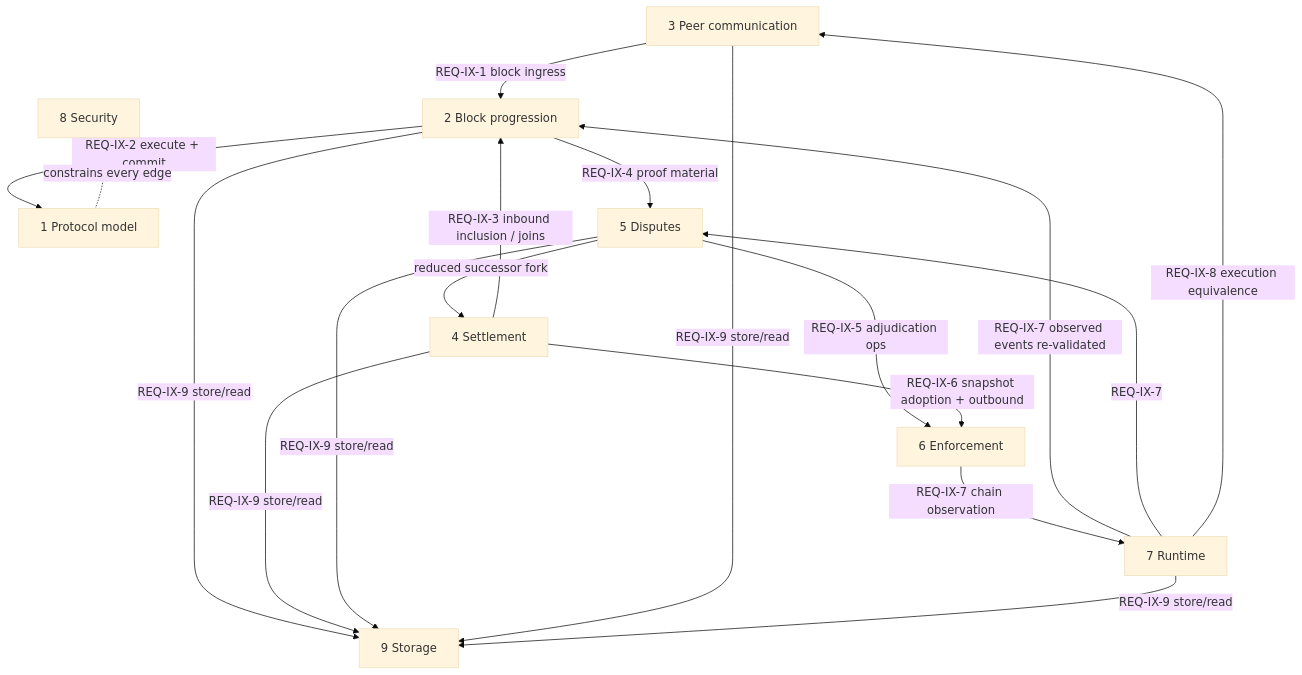
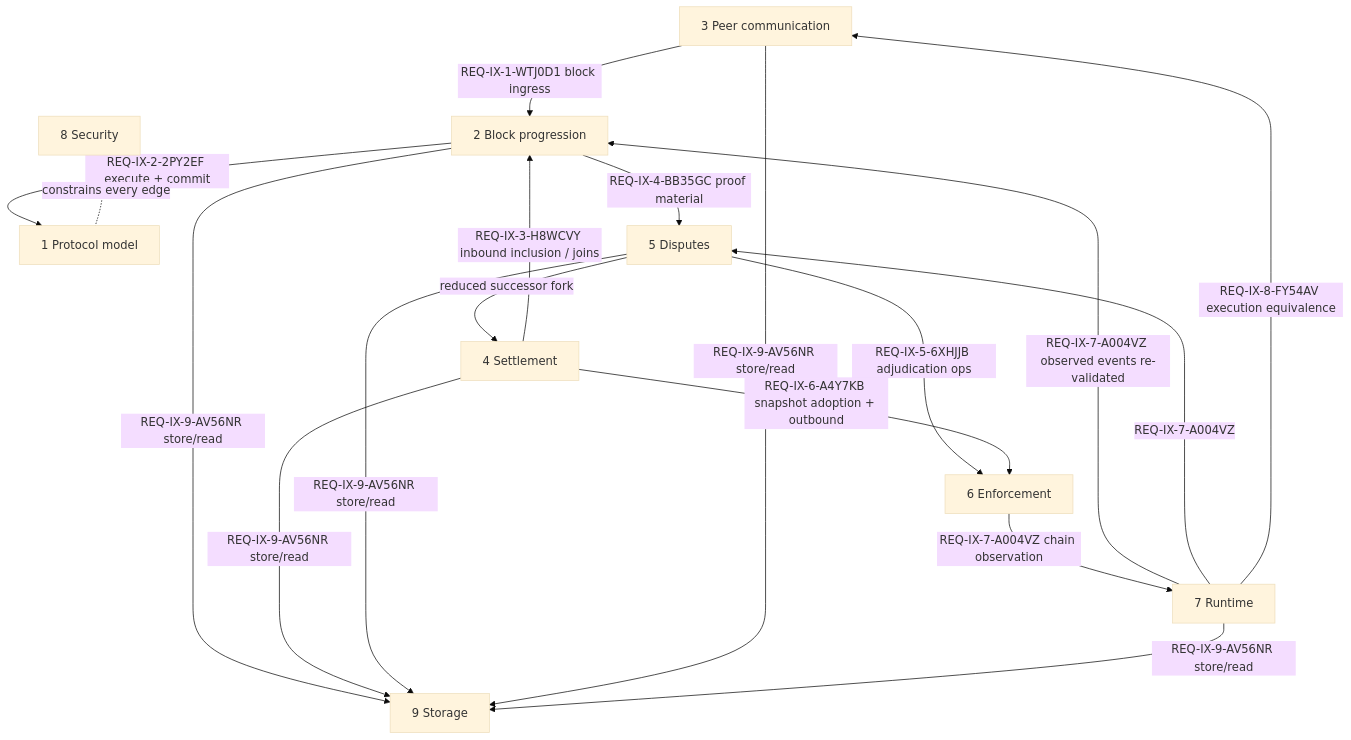
Before and after one commit to peer3to/state-channels-plus: the diagram in docs/spec/claude/specification/README.md, drawn with Mermaid (base theme). The commit also changed other lines of this file and 382 other files, not shown here.

````diff
--- a/docs/spec/claude/specification/README.md
+++ b/docs/spec/claude/specification/README.md
@@ -70,16 +70,16 @@
 ```mermaid
 flowchart TD
-    PC["3 Peer communication"] -- "REQ-IX-1 block ingress" --> BP["2 Block progression"]
-    BP -- "REQ-IX-2 execute + commit" --> PM["1 Protocol model"]
-    SET["4 Settlement"] -- "REQ-IX-3 inbound inclusion / joins" --> BP
-    BP -- "REQ-IX-4 proof material" --> DIS["5 Disputes"]
-    DIS -- "REQ-IX-5 adjudication ops" --> ENF["6 Enforcement"]
-    SET -- "REQ-IX-6 snapshot adoption + outbound" --> ENF
-    ENF -- "REQ-IX-7 chain observation" --> RT["7 Runtime"]
-    RT -- "REQ-IX-7 observed events re-validated" --> BP
-    RT -- "REQ-IX-7" --> DIS
-    RT -- "REQ-IX-8 execution equivalence" --> PC
+    PC["3 Peer communication"] -- "REQ-IX-1-WTJ0D1 block ingress" --> BP["2 Block progression"]
+    BP -- "REQ-IX-2-2PY2EF execute + commit" --> PM["1 Protocol model"]
+    SET["4 Settlement"] -- "REQ-IX-3-H8WCVY inbound inclusion / joins" --> BP
+    BP -- "REQ-IX-4-BB35GC proof material" --> DIS["5 Disputes"]
+    DIS -- "REQ-IX-5-6XHJJB adjudication ops" --> ENF["6 Enforcement"]
+    SET -- "REQ-IX-6-A4Y7KB snapshot adoption + outbound" --> ENF
+    ENF -- "REQ-IX-7-A004VZ chain observation" --> RT["7 Runtime"]
+    RT -- "REQ-IX-7-A004VZ observed events re-validated" --> BP
+    RT -- "REQ-IX-7-A004VZ" --> DIS
+    RT -- "REQ-IX-8-FY54AV execution equivalence" --> PC
     DIS -- "reduced successor fork" --> SET
-    BP & SET & DIS & PC & RT -- "REQ-IX-9 store/read" --> STO["9 Storage"]
+    BP & SET & DIS & PC & RT -- "REQ-IX-9-AV56NR store/read" --> STO["9 Storage"]
     SEC["8 Security"] -. "constrains every edge" .- PM
 ```
````
